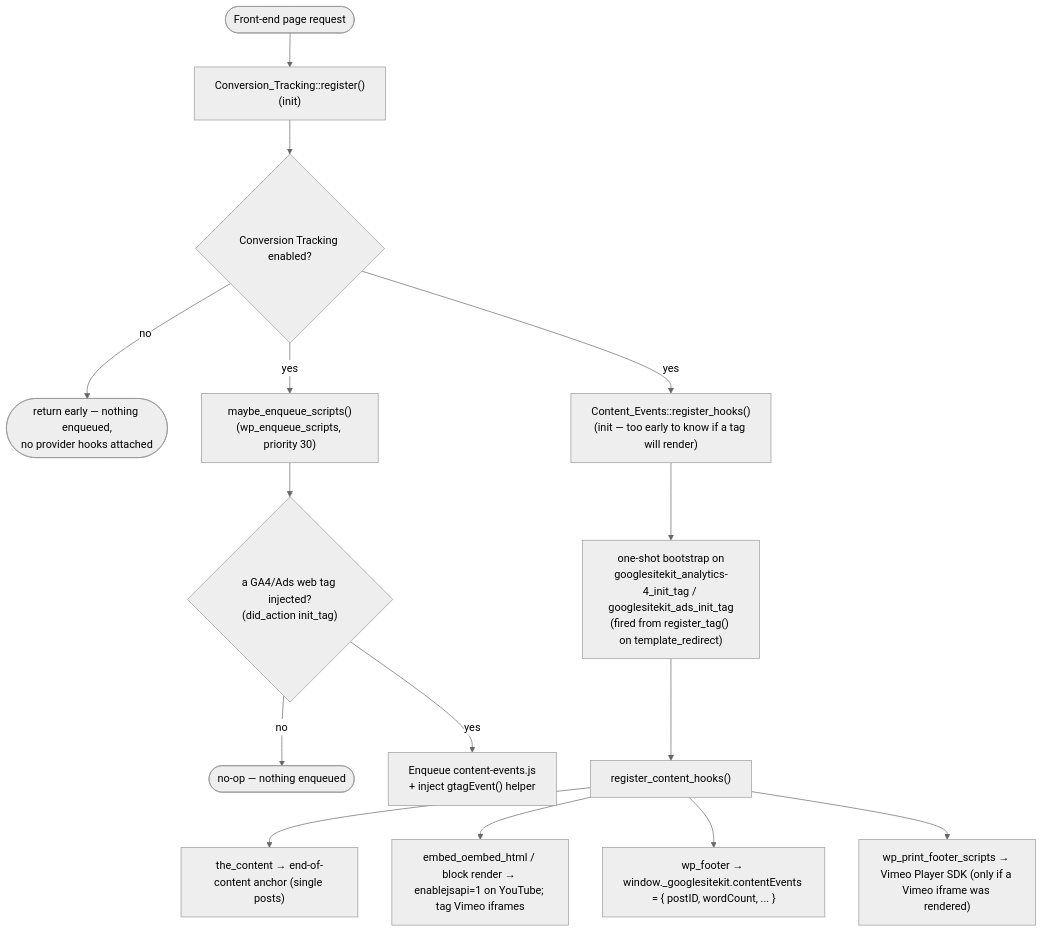
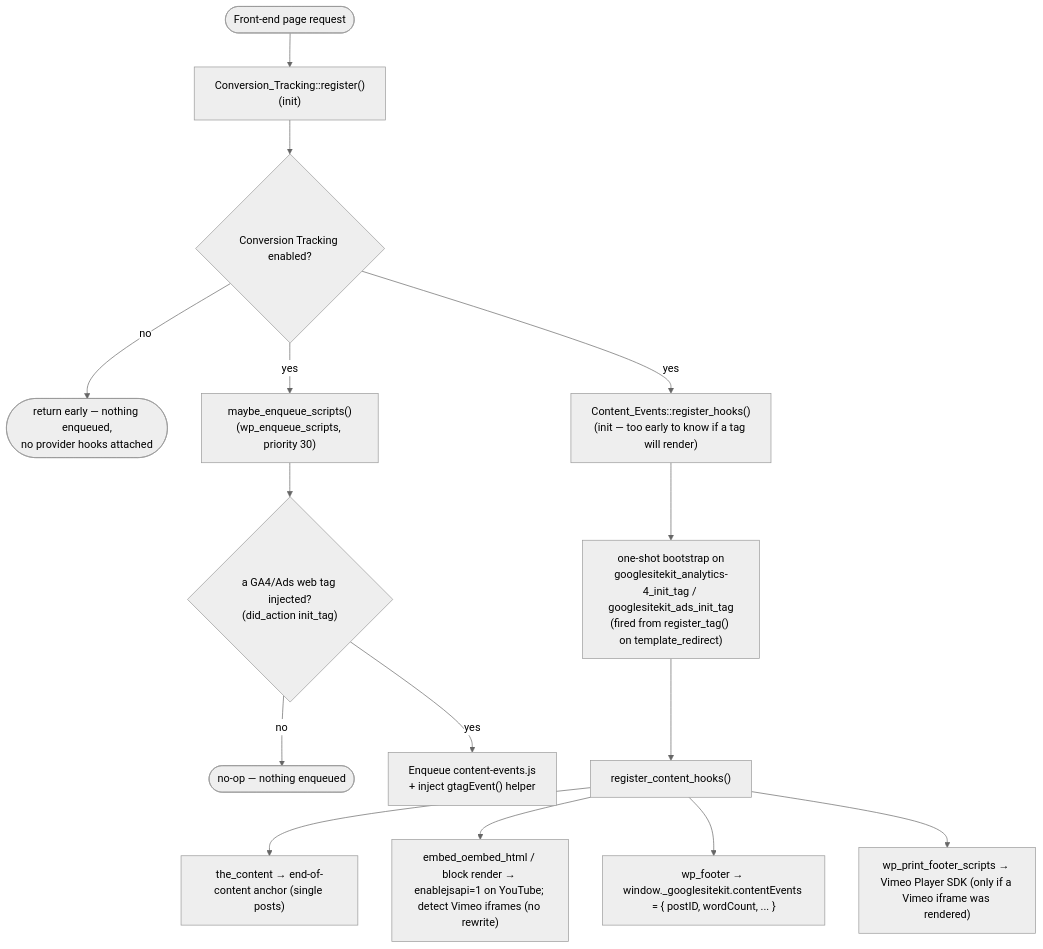
Before and after one commit to google/site-kit-wp: the first of 2 diagrams in docs/epics/extend-event-tracking/design-doc.md, drawn with Mermaid (neutral theme). The commit also changed other lines of this file, not shown here.

Commit message:
Refine event tracking design document to enhance Vimeo detection and SDK loading logic.

````diff
--- a/docs/epics/extend-event-tracking/design-doc.md
+++ b/docs/epics/extend-event-tracking/design-doc.md
@@ -54,21 +54,21 @@
 ```mermaid
 flowchart TD
     REQ(["Front-end page request"])
 
     REQ --> REG["Conversion_Tracking::register()<br/>(init)"]
     REG --> GATE{"Conversion Tracking enabled?"}
     GATE -->|no| STOP(["return early — nothing enqueued,<br/>no provider hooks attached"])
 
     GATE -->|yes| MES["maybe_enqueue_scripts()<br/>(wp_enqueue_scripts, priority 30)"]
     MES --> PRE{"a GA4/Ads web tag injected?<br/>(did_action init_tag)"}
     PRE -->|no| STOP2(["no-op — nothing enqueued"])
     PRE -->|yes| ENQ["Enqueue content-events.js<br/>+ inject gtagEvent() helper"]
 
     GATE -->|yes| HOOKS["Content_Events::register_hooks()<br/>(init — too early to know if a tag will render)"]
     HOOKS --> BOOT["one-shot bootstrap on<br/>googlesitekit_analytics-4_init_tag / googlesitekit_ads_init_tag<br/>(fired from register_tag() on template_redirect)"]
     BOOT --> ADD["register_content_hooks()"]
     ADD --> H1["the_content → end-of-content anchor (single posts)"]
-    ADD --> H2["embed_oembed_html / block render → enablejsapi=1 on YouTube; tag Vimeo iframes"]
+    ADD --> H2["embed_oembed_html / block render → enablejsapi=1 on YouTube; detect Vimeo iframes (no rewrite)"]
     ADD --> H3["wp_footer → window._googlesitekit.contentEvents = { postID, wordCount, ... }"]
     ADD --> H4["wp_print_footer_scripts → Vimeo Player SDK (only if a Vimeo iframe was rendered)"]
 ```
````
